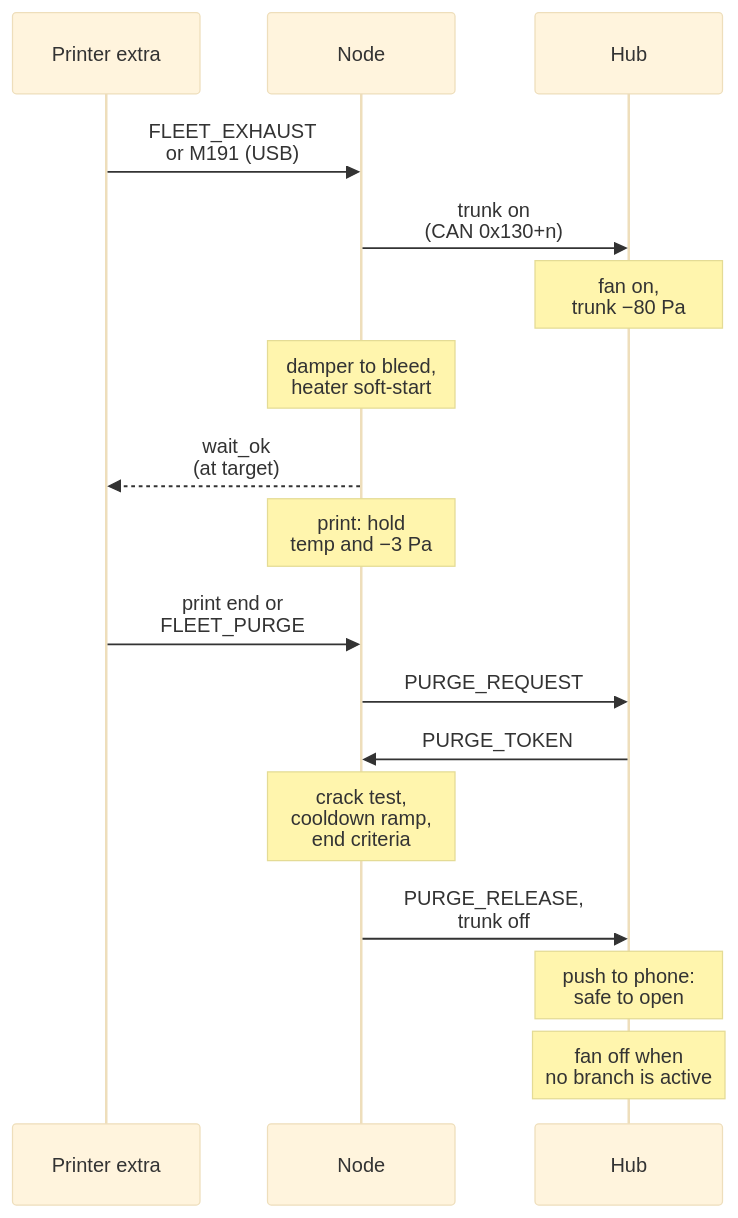
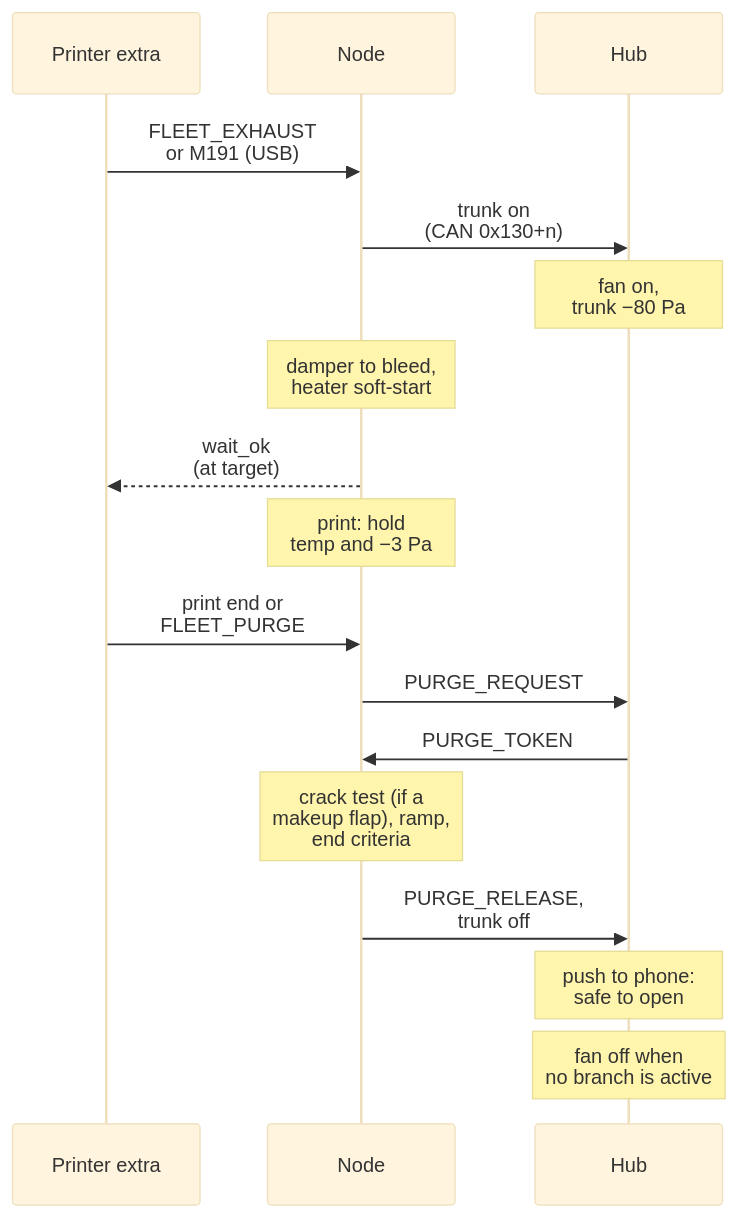
Before and after one commit to BashfulBits/3dp-fleet-exhaust: the fifth of 6 diagrams in docs/01_system_architecture.md, drawn with Mermaid (base theme). The commit also changed other lines of this file and 40 other files, not shown here.

````diff
--- a/docs/01_system_architecture.md
+++ b/docs/01_system_architecture.md
@@ -169,19 +189,19 @@
 ```mermaid
 sequenceDiagram
   participant X as Printer extra
   participant N as Node
   participant H as Hub
   X->>N: FLEET_EXHAUST<br>or M191 (USB)
   N->>H: trunk on<br>(CAN 0x130+n)
   Note over H: fan on,<br>trunk −80 Pa
   Note over N: damper to bleed,<br>heater soft-start
   N-->>X: wait_ok<br>(at target)
   Note over N: print: hold<br>temp and −3 Pa
   X->>N: print end or<br>FLEET_PURGE
   N->>H: PURGE_REQUEST
   H->>N: PURGE_TOKEN
-  Note over N: crack test,<br>cooldown ramp,<br>end criteria
+  Note over N: crack test (if a<br>makeup flap), ramp,<br>end criteria
   N->>H: PURGE_RELEASE,<br>trunk off
   Note over H: push to phone:<br>safe to open
   Note over H: fan off when<br>no branch is active
 ```
````
